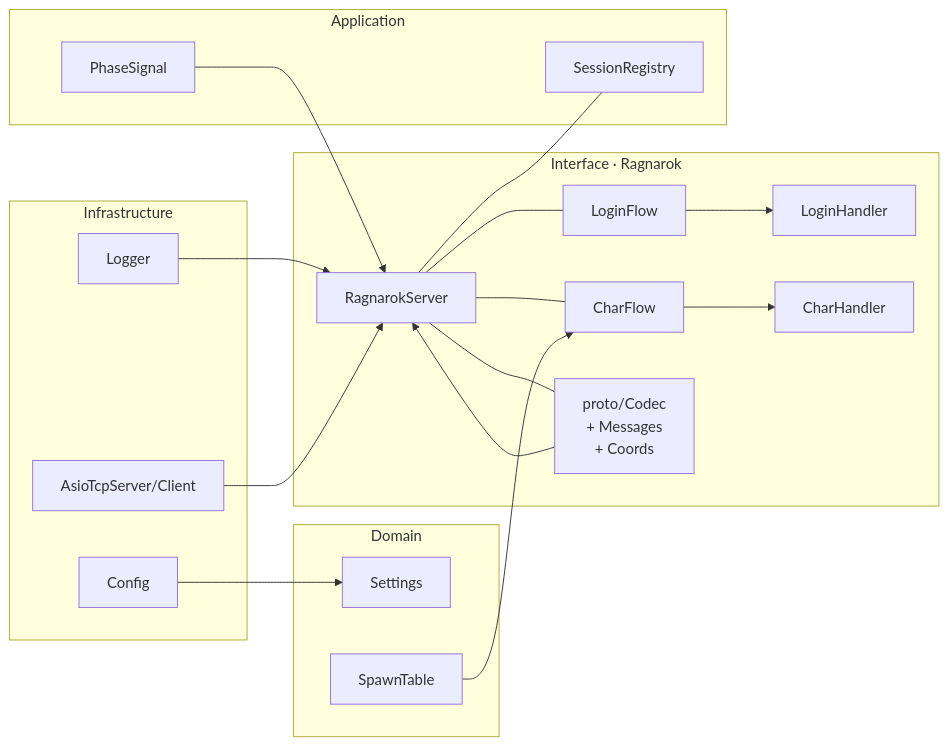
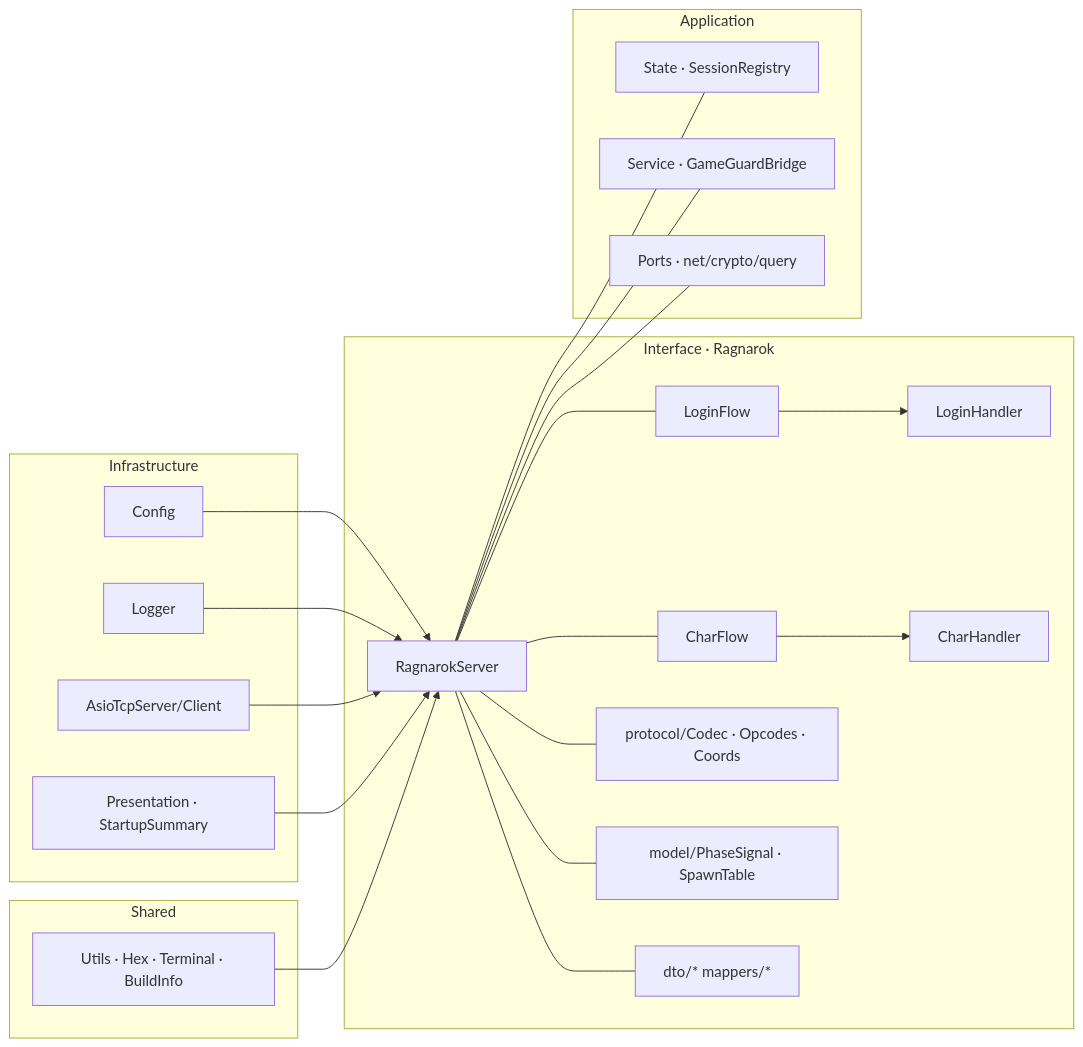
One commit to MarcoRhayden/thanatos changed the diagram in README.md. Above: the diagram before and after it, drawn with Mermaid. The commit also changed other lines of this file, not shown here.

First line of the commit message:
chore(docs): improve onboarding in the README, flow and configuration examples

````diff
--- a/README.md
+++ b/README.md
@@ -127,38 +215,43 @@
 ```mermaid
 flowchart LR
-  %% Subgraph IDs + rótulos seguros
   subgraph Interface_Ragnarok["Interface · Ragnarok"]
     RS[RagnarokServer]
     LFL[LoginFlow] --> LHD[LoginHandler]
     CFL[CharFlow]  --> CHD[CharHandler]
-    PROTO["proto/Codec<br/>+ Messages<br/>+ Coords"]
+    PROTO["protocol/Codec · Opcodes · Coords"]
+    MODEL["model/PhaseSignal · SpawnTable"]
+    DTO["dto/*  mappers/*"]
   end
 
   subgraph Application["Application"]
-    PHASE[PhaseSignal]
-    SREG[SessionRegistry]
+    SREG[State · SessionRegistry]
+    SVC[Service · GameGuardBridge]
+    PORTS["Ports · net/crypto/query"]
   end
 
   subgraph Infrastructure["Infrastructure"]
     CFG[Config]
     LOG[Logger]
     NET[AsioTcpServer/Client]
+    PRES[Presentation · StartupSummary]
   end
 
-  subgraph Domain["Domain"]
-    SETTINGS[Settings]
-    SPAWN[SpawnTable]
+  subgraph Shared["Shared"]
+    SH[Utils · Hex · Terminal · BuildInfo]
   end
 
   RS --- LFL
   RS --- CFL
   RS --- PROTO
+  RS --- MODEL
+  RS --- DTO
   RS --- SREG
+  RS --- SVC
+  RS --- PORTS
 
-  CFG --> SETTINGS
+  CFG --> RS
   LOG --> RS
   NET --> RS
-  SPAWN --> CFL
-  PROTO --> RS
-  PHASE --> RS
+  PRES --> RS
+  SH --> RS
 ```
````
